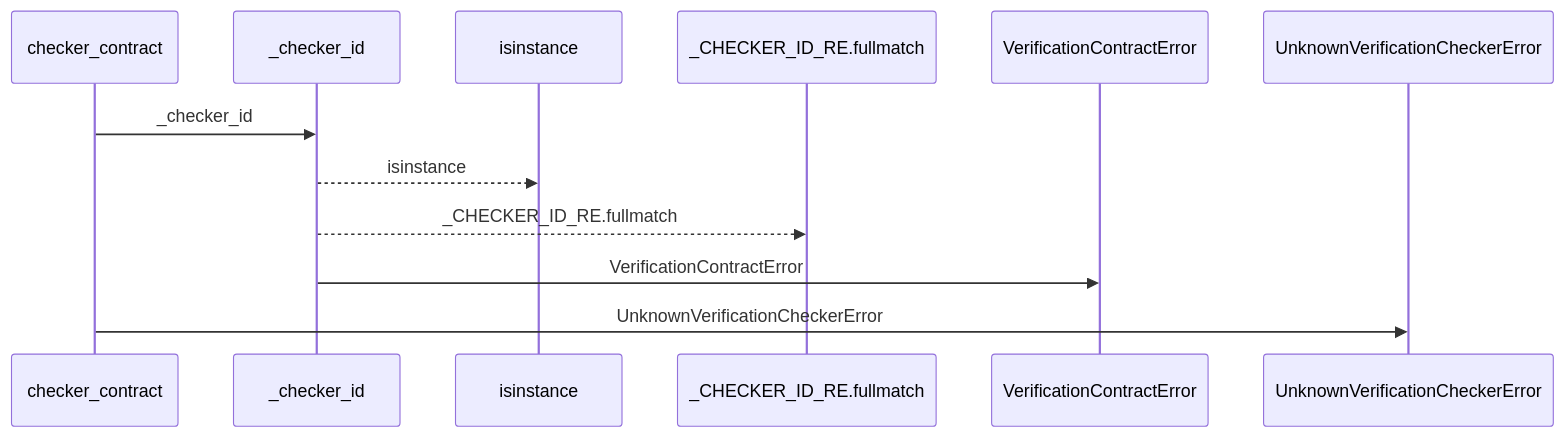
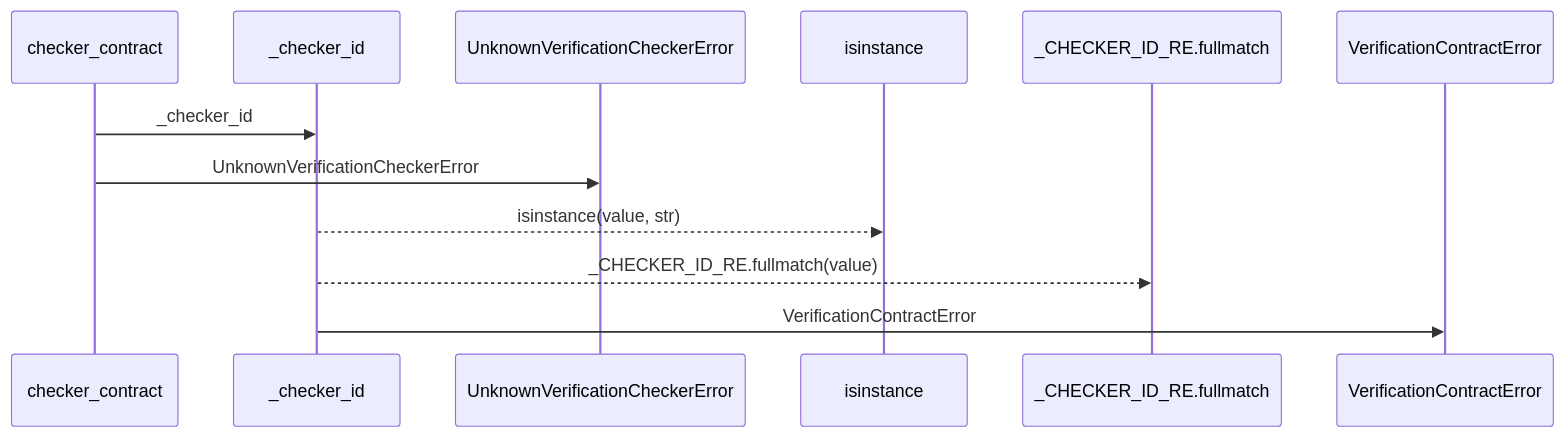
Before and after one commit to Denissvgn/python-wiki-llm: the first of 2 diagrams in docs/llm_wiki/flows/api-checker_contract.md, drawn with Mermaid. The commit also changed other lines of this file and 1410 other files, not shown here.

````diff
--- a/docs/llm_wiki/flows/api-checker_contract.md
+++ b/docs/llm_wiki/flows/api-checker_contract.md
@@ -10,14 +12,14 @@
 ```mermaid
 sequenceDiagram
     participant p0 as checker_contract
     participant p1 as _checker_id
-    participant p2 as isinstance
-    participant p3 as _CHECKER_ID_RE.fullmatch
-    participant p4 as VerificationContractError
-    participant p5 as UnknownVerificationCheckerError
+    participant p2 as UnknownVerificationCheckerError
+    participant p3 as isinstance
+    participant p4 as _CHECKER_ID_RE.fullmatch
+    participant p5 as VerificationContractError
     p0->>p1: _checker_id
-    p1-->>p2: isinstance
-    p1-->>p3: _CHECKER_ID_RE.fullmatch
-    p1->>p4: VerificationContractError
-    p0->>p5: UnknownVerificationCheckerError
+    p0->>p2: UnknownVerificationCheckerError
+    p1-->>p3: isinstance(value, str)
+    p1-->>p4: _CHECKER_ID_RE.fullmatch(value)
+    p1->>p5: VerificationContractError
 ```
````
